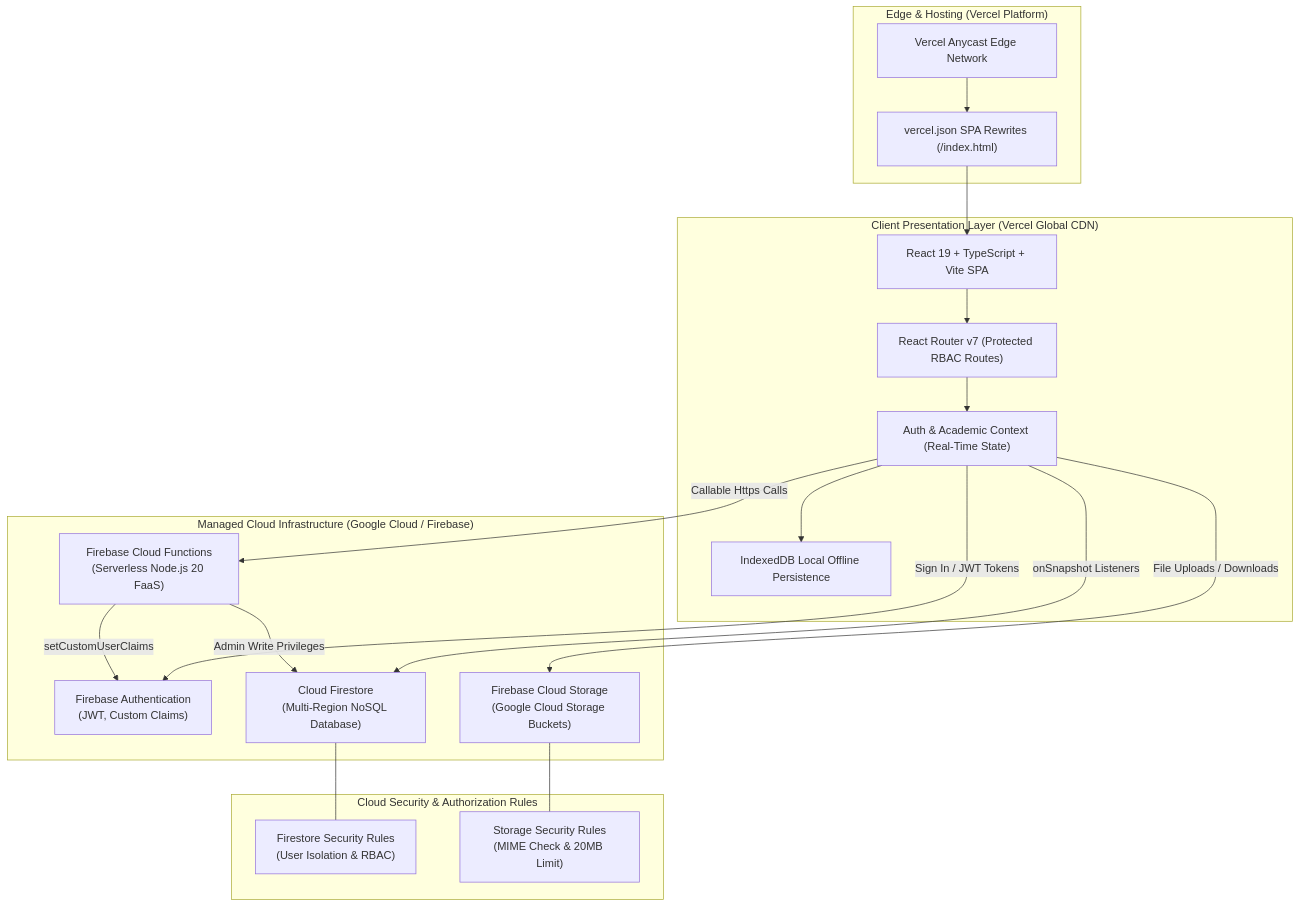
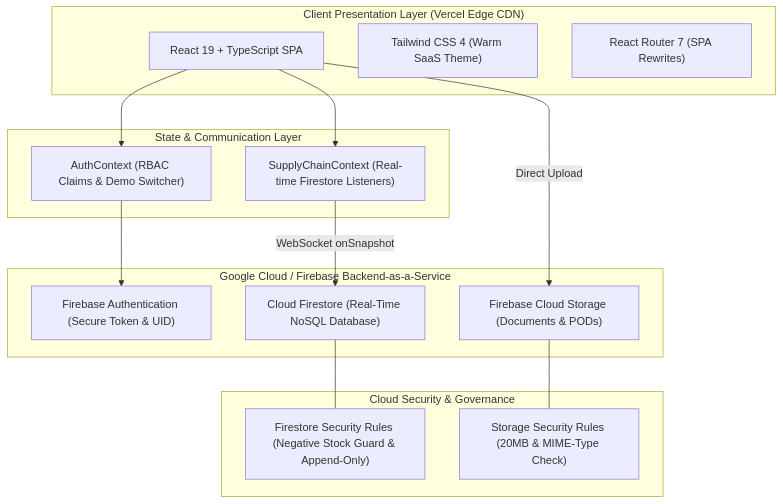
One commit to DishaWalyat/RouteSync changed the diagram in ACADEMIC_PROJECT_REPORT.md. Above: the diagram before and after it, drawn with Mermaid. The commit also changed other lines of this file and 46 other files, not shown here.

Commit message:
feat: implement 4-step supply chain workflow and RouteSync 6-slide UI

````diff
--- a/ACADEMIC_PROJECT_REPORT.md
+++ b/ACADEMIC_PROJECT_REPORT.md
@@ -101,42 +96,32 @@
 ```mermaid
 flowchart TD
-    subgraph ClientLayer ["Client Presentation Layer (Vercel Global CDN)"]
-        UI["React 19 + TypeScript + Vite SPA"]
-        Router["React Router v7 (Protected RBAC Routes)"]
-        Context["Auth & Academic Context (Real-Time State)"]
-        Cache["IndexedDB Local Offline Persistence"]
+    subgraph ClientLayer ["Client Presentation Layer (Vercel Edge CDN)"]
+        UI["React 19 + TypeScript SPA"]
+        TW["Tailwind CSS 4 (Warm SaaS Theme)"]
+        Router["React Router 7 (SPA Rewrites)"]
     end
 
-    subgraph EdgeLayer ["Edge & Hosting (Vercel Platform)"]
-        CDN["Vercel Anycast Edge Network"]
-        Rewrites["vercel.json SPA Rewrites (/index.html)"]
+    subgraph StateLayer ["State & Communication Layer"]
+        AuthCtx["AuthContext (RBAC Claims & Demo Switcher)"]
+        SCCtx["SupplyChainContext (Real-time Firestore Listeners)"]
     end
 
-    subgraph FirebaseLayer ["Managed Cloud Infrastructure (Google Cloud / Firebase)"]
-        Auth["Firebase Authentication\n(JWT, Custom Claims)"]
-        Firestore["Cloud Firestore\n(Multi-Region NoSQL Database)"]
-        Storage["Firebase Cloud Storage\n(Google Cloud Storage Buckets)"]
-        Functions["Firebase Cloud Functions\n(Serverless Node.js 20 FaaS)"]
+    subgraph CloudLayer ["Google Cloud / Firebase Backend-as-a-Service"]
+        Auth["Firebase Authentication (Secure Token & UID)"]
+        Firestore["Cloud Firestore (Real-Time NoSQL Database)"]
+        Storage["Firebase Cloud Storage (Documents & PODs)"]
     end
 
-    subgraph SecurityLayer ["Cloud Security & Authorization Rules"]
-        FSRules["Firestore Security Rules\n(User Isolation & RBAC)"]
-        STRules["Storage Security Rules\n(MIME Check & 20MB Limit)"]
+    subgraph SecurityLayer ["Cloud Security & Governance"]
+        SecRules["Firestore Security Rules (Negative Stock Guard & Append-Only)"]
+        StorRules["Storage Security Rules (20MB & MIME-Type Check)"]
     end
 
-    UI --> Router
-    Router --> Context
-    Context --> Cache
-    CDN --> Rewrites
-    Rewrites --> UI
-
-    Context -->|Sign In / JWT Tokens| Auth
-    Context -->|onSnapshot Listeners| Firestore
-    Context -->|File Uploads / Downloads| Storage
-    Context -->|Callable Https Calls| Functions
-
-    Firestore --- FSRules
-    Storage --- STRules
-    Functions -->|setCustomUserClaims| Auth
-    Functions -->|Admin Write Privileges| Firestore
+    UI --> AuthCtx
+    UI --> SCCtx
+    AuthCtx --> Auth
+    SCCtx -->|WebSocket onSnapshot| Firestore
+    UI -->|Direct Upload| Storage
+    Firestore --- SecRules
+    Storage --- StorRules
 ```
````
